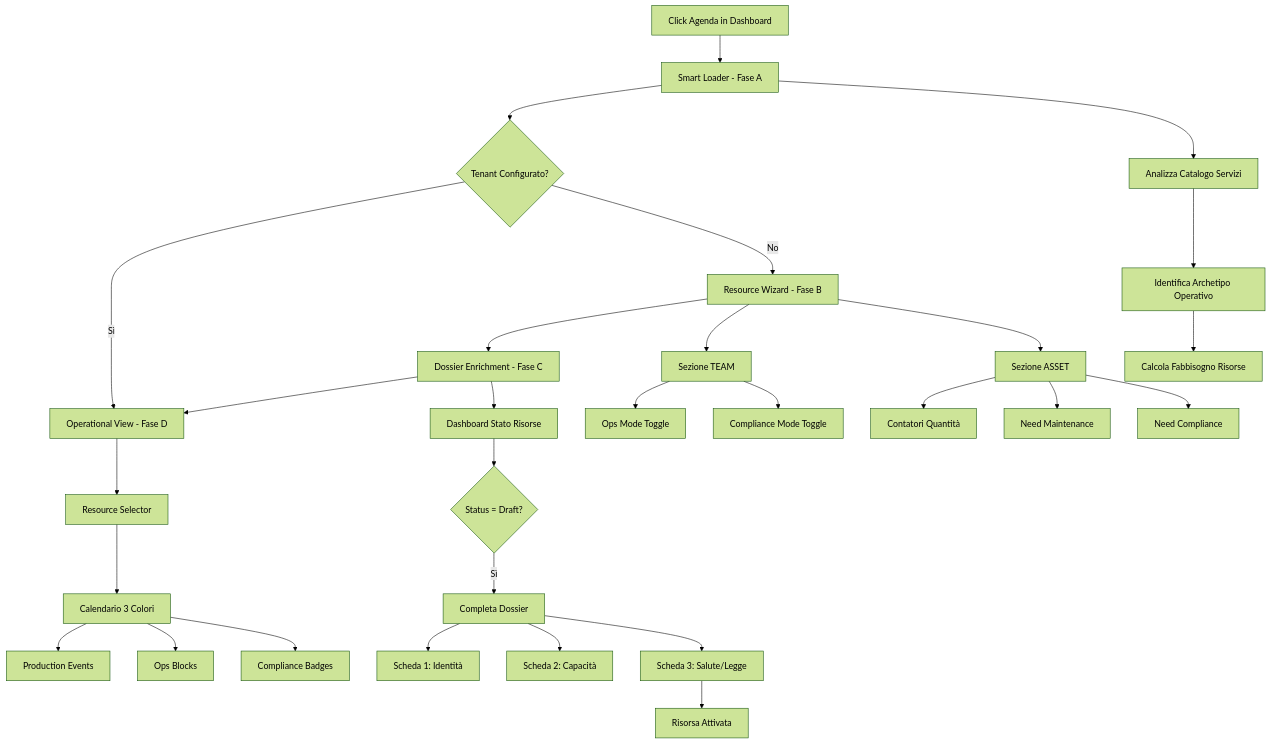
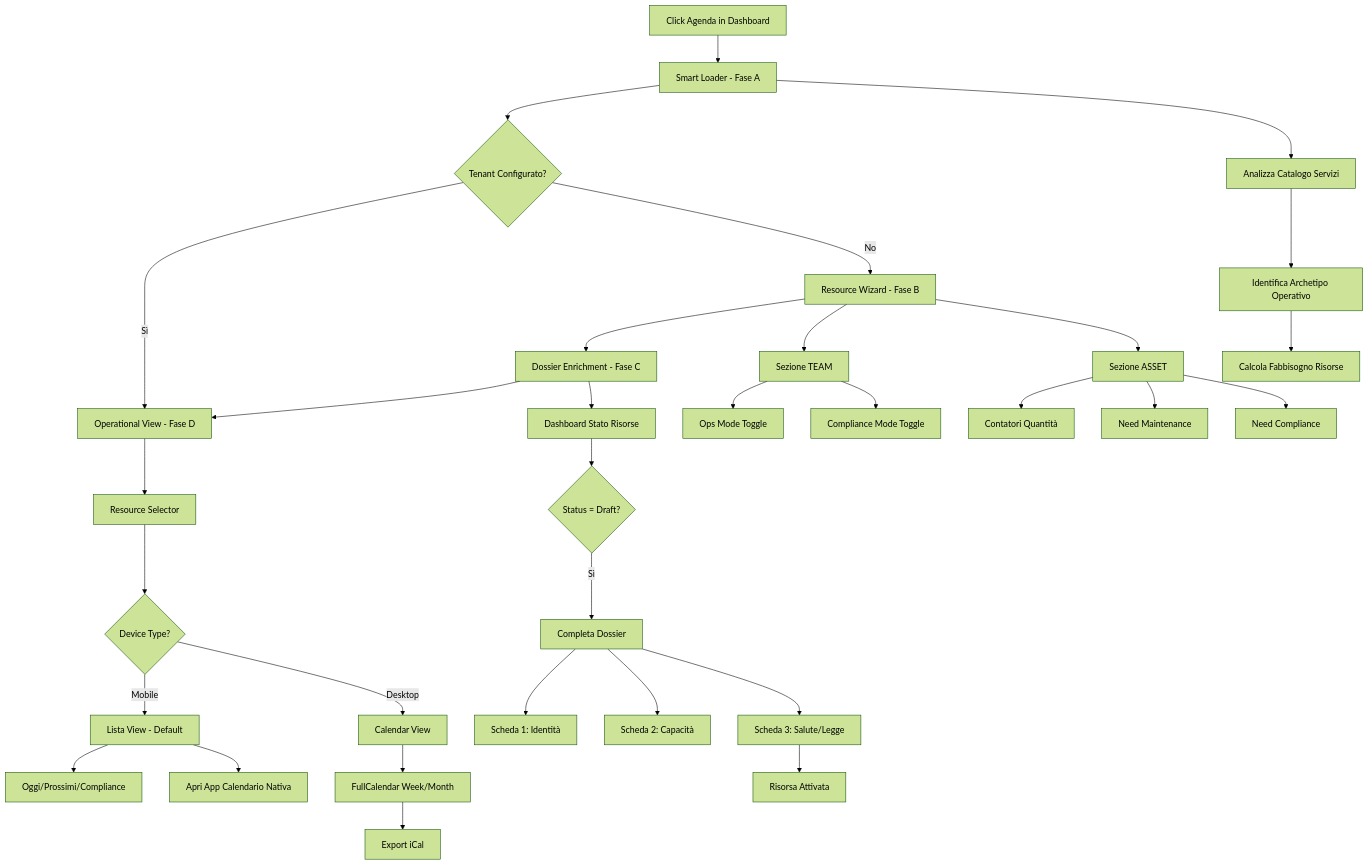
One commit to SimonAiIT/SiteBoS-MiniApp changed the diagram in docs/07-AGENDA.md. Above: the diagram before and after it, drawn with Mermaid (forest theme). The commit also changed other lines of this file, not shown here.

````diff
--- a/docs/07-AGENDA.md
+++ b/docs/07-AGENDA.md
@@ -25,35 +25,38 @@
 ```mermaid
 graph TD
     A[Click Agenda in Dashboard] --> B[Smart Loader - Fase A]
     B --> C{Tenant Configurato?}
     C -->|Sì| D[Operational View - Fase D]
     C -->|No| E[Resource Wizard - Fase B]
     E --> F[Dossier Enrichment - Fase C]
     F --> D
     
     B --> B1[Analizza Catalogo Servizi]
     B1 --> B2[Identifica Archetipo Operativo]
     B2 --> B3[Calcola Fabbisogno Risorse]
     
     E --> E1[Sezione TEAM]
     E --> E2[Sezione ASSET]
     E1 --> E3[Ops Mode Toggle]
     E1 --> E4[Compliance Mode Toggle]
     E2 --> E5[Contatori Quantità]
     E2 --> E6[Need Maintenance]
     E2 --> E7[Need Compliance]
     
     F --> F1[Dashboard Stato Risorse]
     F1 --> F2{Status = Draft?}
     F2 -->|Sì| F3[Completa Dossier]
     F3 --> F4[Scheda 1: Identità]
     F3 --> F5[Scheda 2: Capacità]
     F3 --> F6[Scheda 3: Salute/Legge]
     F6 --> F7[Risorsa Attivata]
     
     D --> D1[Resource Selector]
-    D1 --> D2[Calendario 3 Colori]
-    D2 --> D3[Production Events]
-    D2 --> D4[Ops Blocks]
-    D2 --> D5[Compliance Badges]
+    D1 --> D2{Device Type?}
+    D2 -->|Mobile| D3[Lista View - Default]
+    D2 -->|Desktop| D4[Calendar View]
+    D3 --> D5[Oggi/Prossimi/Compliance]
+    D3 --> D6[Apri App Calendario Nativa]
+    D4 --> D7[FullCalendar Week/Month]
+    D7 --> D8[Export iCal]
 ```
````
